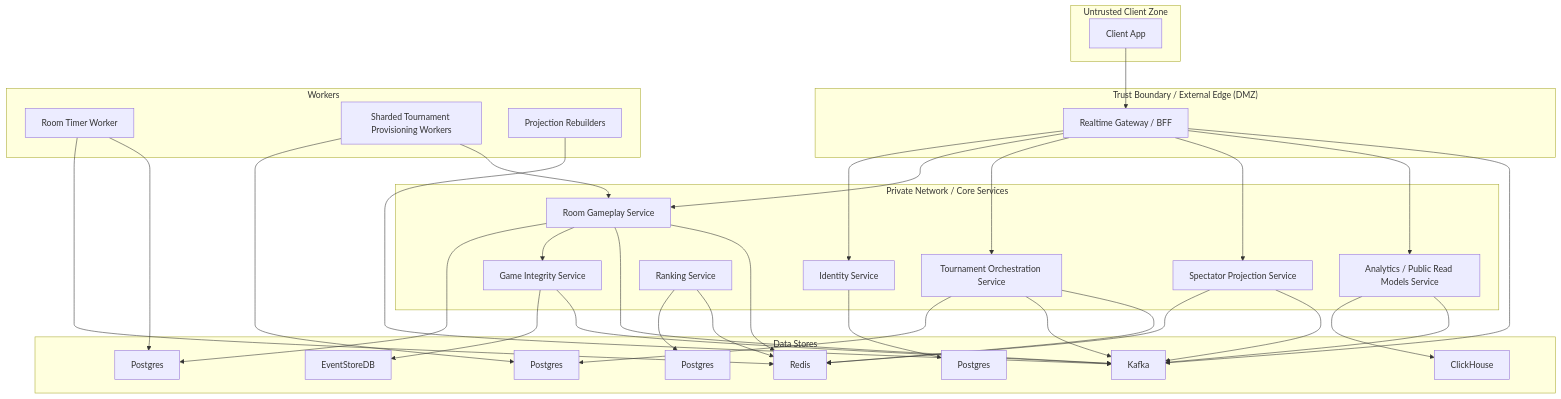
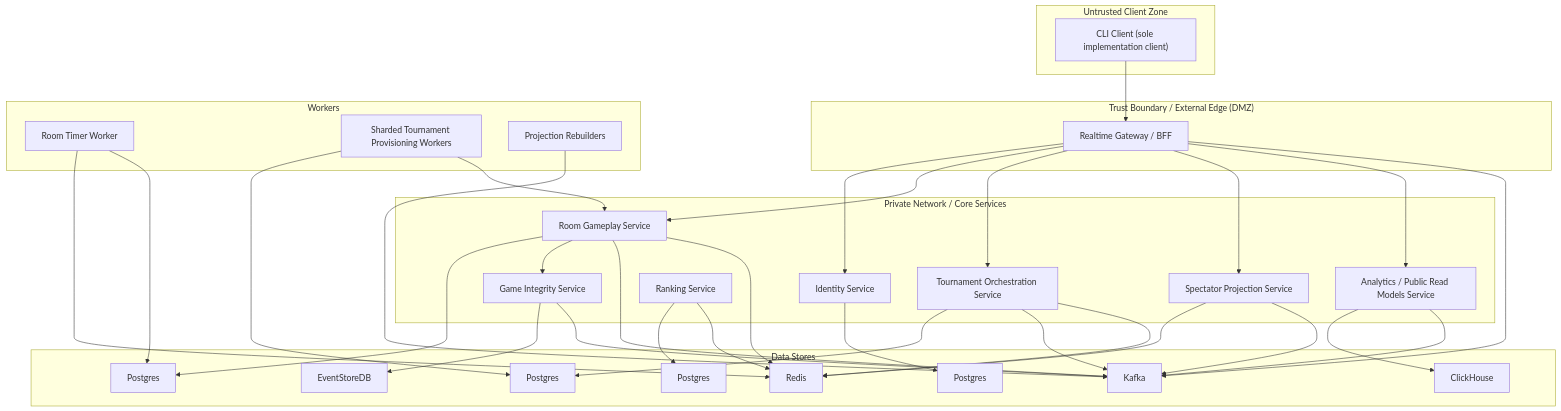
One commit to FSendot/uno-arena changed the second of 2 diagrams in docs/architecture/01-context-and-container-view.md. Above: the diagram before and after it, drawn with Mermaid. The commit also changed other lines of this file and 290 other files, not shown here.

Commit message:
feat: implement UnoArena capability architecture and CLI

````diff
--- a/docs/architecture/01-context-and-container-view.md
+++ b/docs/architecture/01-context-and-container-view.md
@@ -50,68 +52,68 @@
 ```mermaid
 flowchart TB
     subgraph Public["Untrusted Client Zone"]
-        Client["Client App"]
+        Client["CLI Client (sole implementation client)"]
     end
 
     subgraph Edge["Trust Boundary / External Edge (DMZ)"]
         BFF["Realtime Gateway / BFF"]
     end
 
     subgraph Core["Private Network / Core Services"]
         IdentitySvc["Identity Service"]
         RoomSvc["Room Gameplay Service"]
         IntegritySvc["Game Integrity Service"]
         TourneySvc["Tournament Orchestration Service"]
         RankSvc["Ranking Service"]
         SpectatorSvc["Spectator Projection Service"]
         AnalyticsSvc["Analytics / Public Read Models Service"]
     end
 
     subgraph Workers["Workers"]
         TimerWorker["Room Timer Worker"]
         TournamentWorkers["Sharded Tournament Provisioning Workers"]
         ProjectionWorkers["Projection Rebuilders"]
     end
 
     subgraph Data["Data Stores"]
         IdentityDB["Postgres"]
         RoomDB["Postgres"]
         EventStore["EventStoreDB"]
         TourneyDB["Postgres"]
         RankDB["Postgres"]
         Redis["Redis"]
         ClickHouse["ClickHouse"]
         Kafka["Kafka"]
     end
 
     Client --> BFF
     BFF --> IdentitySvc
     BFF --> RoomSvc
     BFF --> TourneySvc
     BFF --> SpectatorSvc
     BFF --> AnalyticsSvc
 
     IdentitySvc --> IdentityDB
     RoomSvc --> RoomDB
     RoomSvc --> IntegritySvc
     RoomSvc --> Kafka
     RoomSvc --> Redis
     IntegritySvc --> EventStore
     IntegritySvc --> Kafka
     TourneySvc --> TourneyDB
     TourneySvc --> Kafka
     TourneySvc --> Redis
     RankSvc --> RankDB
     RankSvc --> Redis
     SpectatorSvc --> Redis
     SpectatorSvc --> Kafka
     AnalyticsSvc --> ClickHouse
     AnalyticsSvc --> Kafka
 
     BFF --> Kafka
     TimerWorker --> Redis
     TimerWorker --> RoomDB
     TournamentWorkers --> TourneyDB
     TournamentWorkers --> RoomSvc
     ProjectionWorkers --> Kafka
 ```
````
